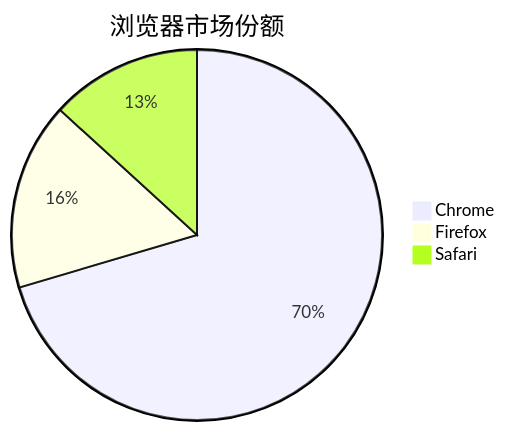
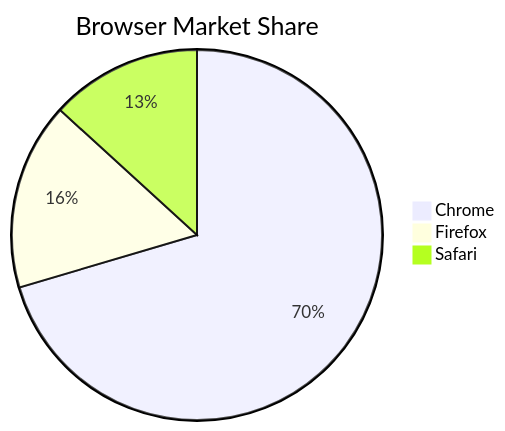
Before and after one commit to onshinpei/react-markdown-mermaid: the sixth of 9 diagrams in README.md, drawn with Mermaid. The commit also changed other lines of this file and 1 other file, not shown here.

````diff
--- a/README.md
+++ b/README.md
@@ -281,6 +276,6 @@
 ```mermaid
-pie title 浏览器市场份额
+pie title Browser Market Share
   "Chrome" : 65.5
   "Firefox" : 15.2
   "Safari" : 12.3
 ```
````
